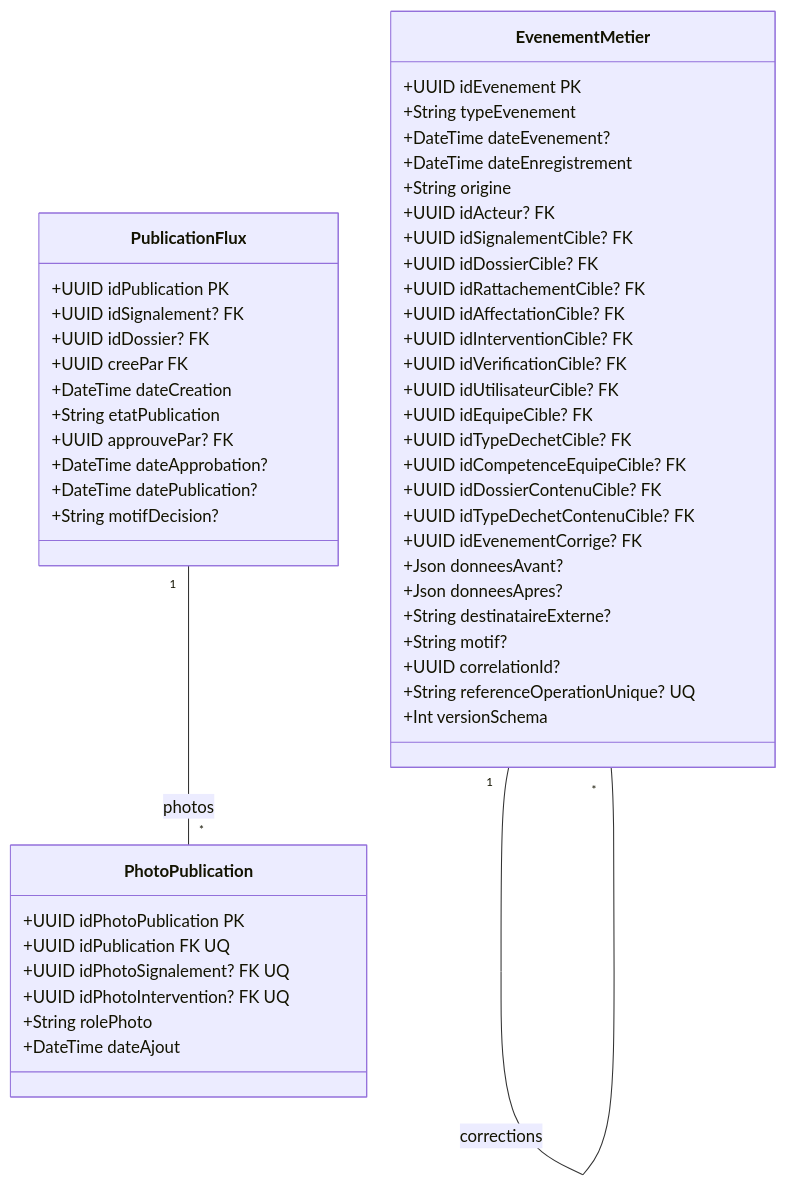
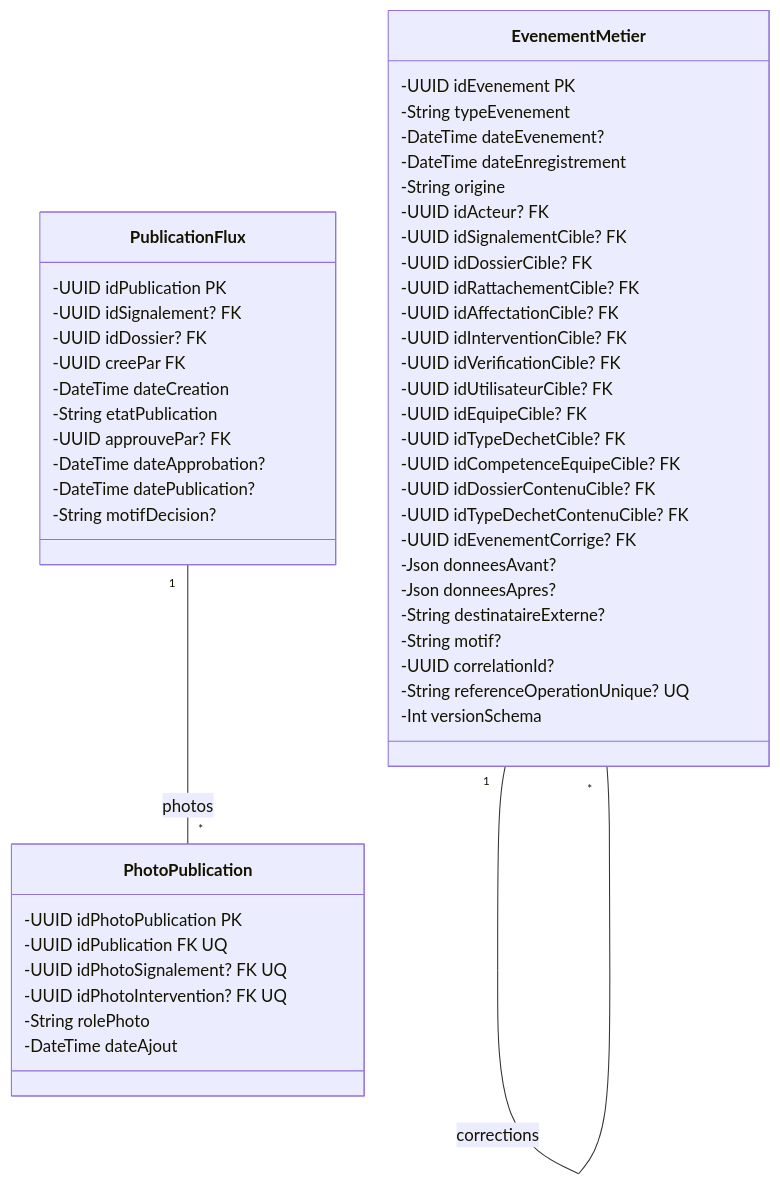
The fifth of 5 diagrams in docs/uml/diagramme-classes.md (fadellba/isieco-report), drawn with Mermaid before and after one commit. The commit also changed other lines of this file, not shown here.

Commit message:
docs(uml): use private visibility for class attributes

````diff
--- a/docs/uml/diagramme-classes.md
+++ b/docs/uml/diagramme-classes.md
@@ -435,53 +439,53 @@
 ```mermaid
 classDiagram
   class EvenementMetier {
-    +UUID idEvenement PK
-    +String typeEvenement
-    +DateTime dateEvenement?
-    +DateTime dateEnregistrement
-    +String origine
-    +UUID idActeur? FK
-    +UUID idSignalementCible? FK
-    +UUID idDossierCible? FK
-    +UUID idRattachementCible? FK
-    +UUID idAffectationCible? FK
-    +UUID idInterventionCible? FK
-    +UUID idVerificationCible? FK
-    +UUID idUtilisateurCible? FK
-    +UUID idEquipeCible? FK
-    +UUID idTypeDechetCible? FK
-    +UUID idCompetenceEquipeCible? FK
-    +UUID idDossierContenuCible? FK
-    +UUID idTypeDechetContenuCible? FK
-    +UUID idEvenementCorrige? FK
-    +Json donneesAvant?
-    +Json donneesApres?
-    +String destinataireExterne?
-    +String motif?
-    +UUID correlationId?
-    +String referenceOperationUnique? UQ
-    +Int versionSchema
+    -UUID idEvenement PK
+    -String typeEvenement
+    -DateTime dateEvenement?
+    -DateTime dateEnregistrement
+    -String origine
+    -UUID idActeur? FK
+    -UUID idSignalementCible? FK
+    -UUID idDossierCible? FK
+    -UUID idRattachementCible? FK
+    -UUID idAffectationCible? FK
+    -UUID idInterventionCible? FK
+    -UUID idVerificationCible? FK
+    -UUID idUtilisateurCible? FK
+    -UUID idEquipeCible? FK
+    -UUID idTypeDechetCible? FK
+    -UUID idCompetenceEquipeCible? FK
+    -UUID idDossierContenuCible? FK
+    -UUID idTypeDechetContenuCible? FK
+    -UUID idEvenementCorrige? FK
+    -Json donneesAvant?
+    -Json donneesApres?
+    -String destinataireExterne?
+    -String motif?
+    -UUID correlationId?
+    -String referenceOperationUnique? UQ
+    -Int versionSchema
   }
   class PublicationFlux {
-    +UUID idPublication PK
-    +UUID idSignalement? FK
-    +UUID idDossier? FK
-    +UUID creePar FK
-    +DateTime dateCreation
-    +String etatPublication
-    +UUID approuvePar? FK
-    +DateTime dateApprobation?
-    +DateTime datePublication?
-    +String motifDecision?
+    -UUID idPublication PK
+    -UUID idSignalement? FK
+    -UUID idDossier? FK
+    -UUID creePar FK
+    -DateTime dateCreation
+    -String etatPublication
+    -UUID approuvePar? FK
+    -DateTime dateApprobation?
+    -DateTime datePublication?
+    -String motifDecision?
   }
   class PhotoPublication {
-    +UUID idPhotoPublication PK
-    +UUID idPublication FK UQ
-    +UUID idPhotoSignalement? FK UQ
-    +UUID idPhotoIntervention? FK UQ
-    +String rolePhoto
-    +DateTime dateAjout
+    -UUID idPhotoPublication PK
+    -UUID idPublication FK UQ
+    -UUID idPhotoSignalement? FK UQ
+    -UUID idPhotoIntervention? FK UQ
+    -String rolePhoto
+    -DateTime dateAjout
   }
   EvenementMetier "1" -- "*" EvenementMetier : corrections
   PublicationFlux "1" -- "*" PhotoPublication : photos
 ```
````
